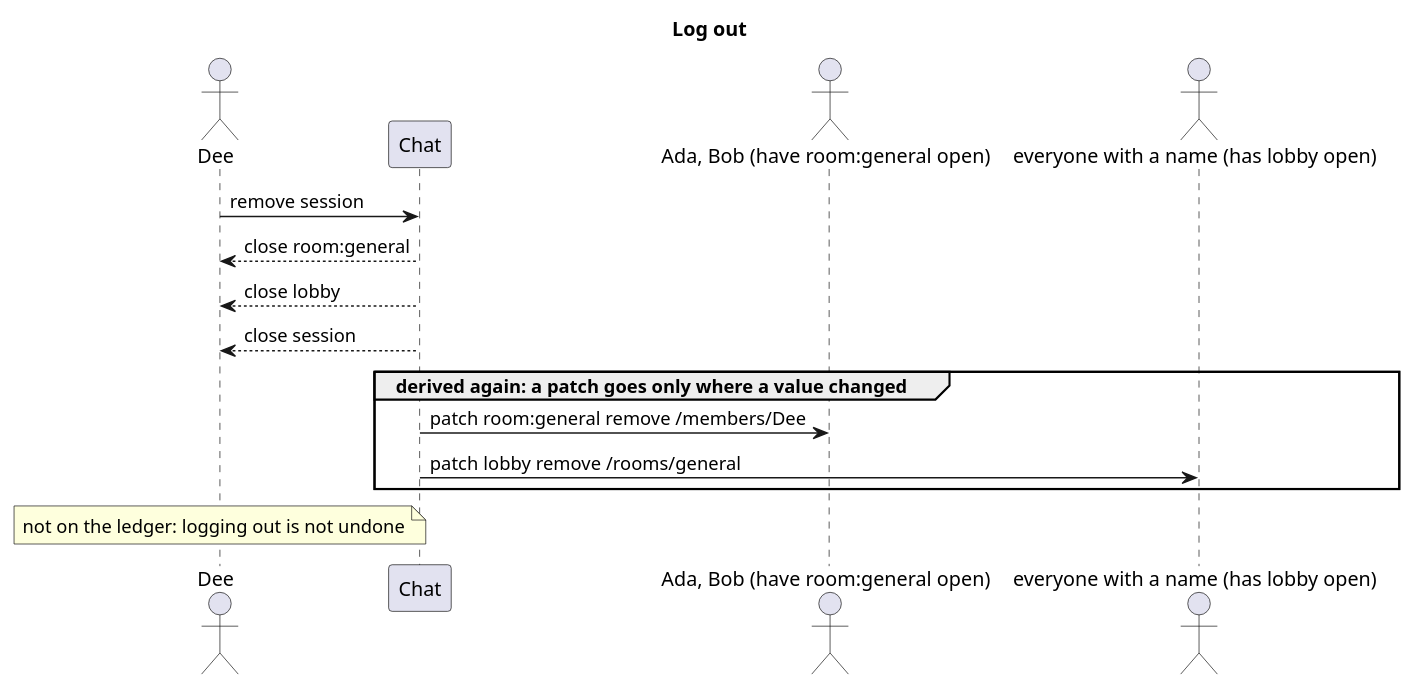
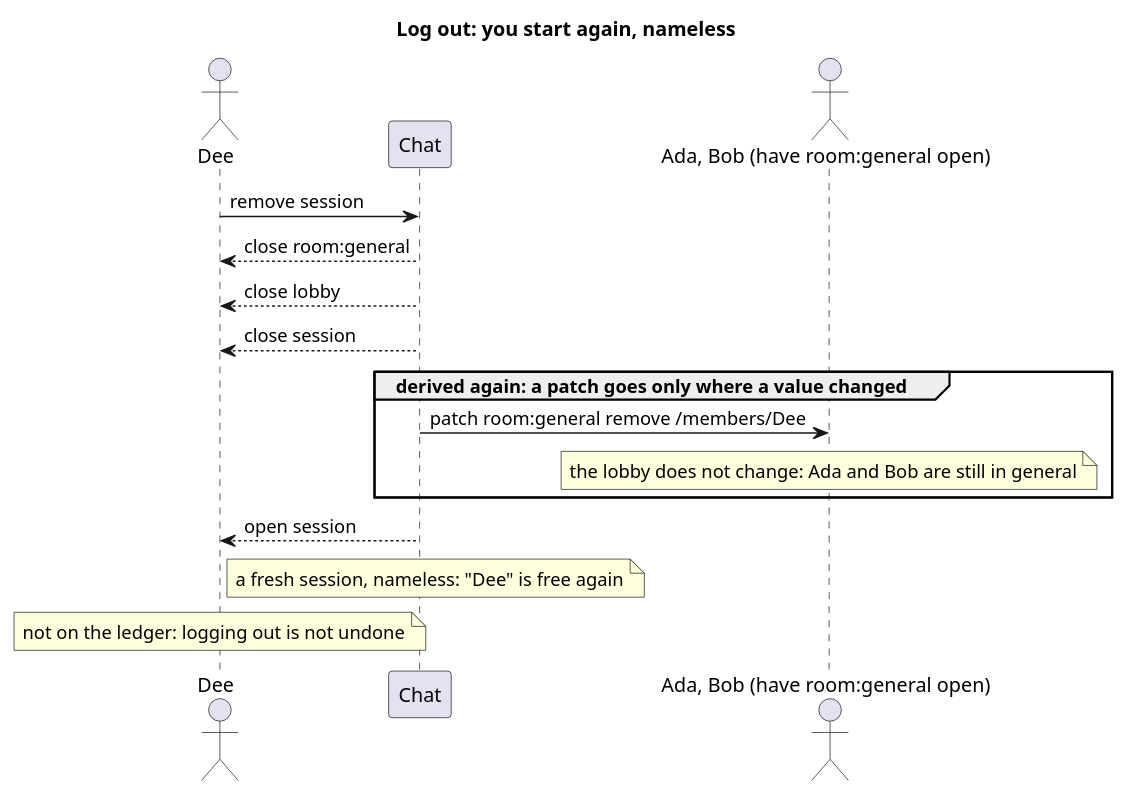
The diagram in uml/src/seq-log-out.puml (blueshed/dzql), drawn with PlantUML before and after one commit. The commit also changed 6 other files, not shown here.

Commit message:
uml: the second review taken in -- each scenario draws only the derived patches that happen for its cast; names unique among stored sessions; logging out removes the session and a fresh nameless one opens

```diff
--- a/uml/src/seq-log-out.puml
+++ b/uml/src/seq-log-out.puml
@@ -1,17 +1,18 @@
 @startuml
-title Log out
+title Log out: you start again, nameless
 actor "Dee" as dee
 participant "Chat" as app
 actor "Ada, Bob (have room:general open)" as room
-actor "everyone with a name (has lobby open)" as lobby
 
 dee -> app : remove session
 app --> dee : close room:general
 app --> dee : close lobby
 app --> dee : close session
 group derived again: a patch goes only where a value changed
   app -> room : patch room:general remove /members/Dee
-  app -> lobby : patch lobby remove /rooms/general
+  note over room : the lobby does not change: Ada and Bob are still in general
 end
+app --> dee : open session
+note right of dee : a fresh session, nameless: "Dee" is free again
 note over dee : not on the ledger: logging out is not undone
 @enduml
```
